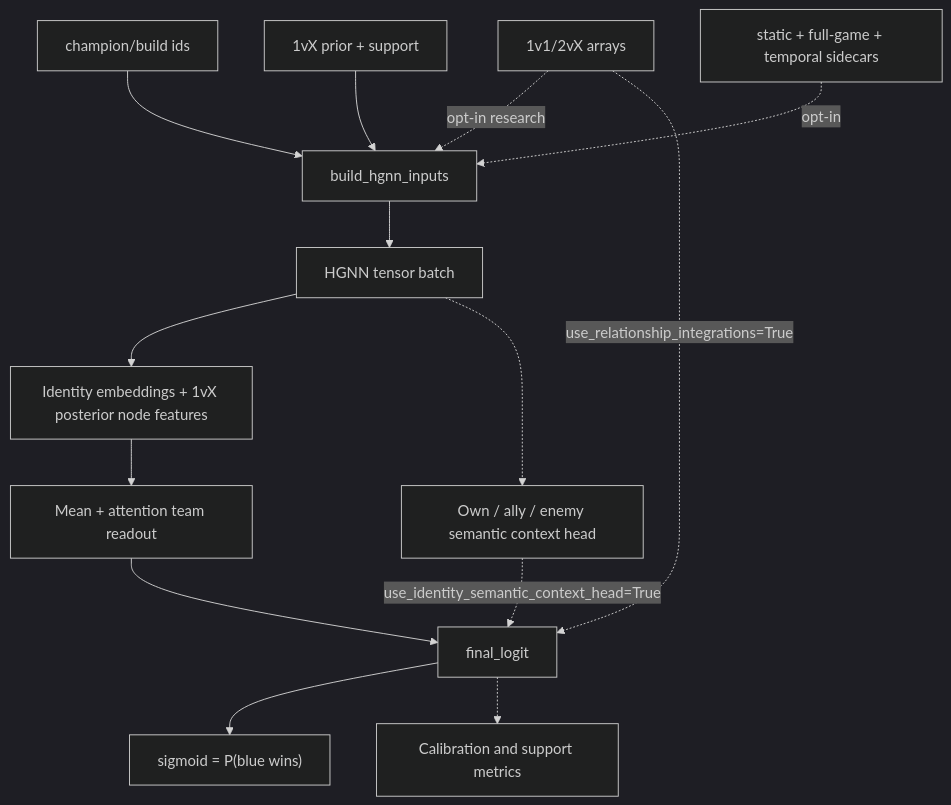
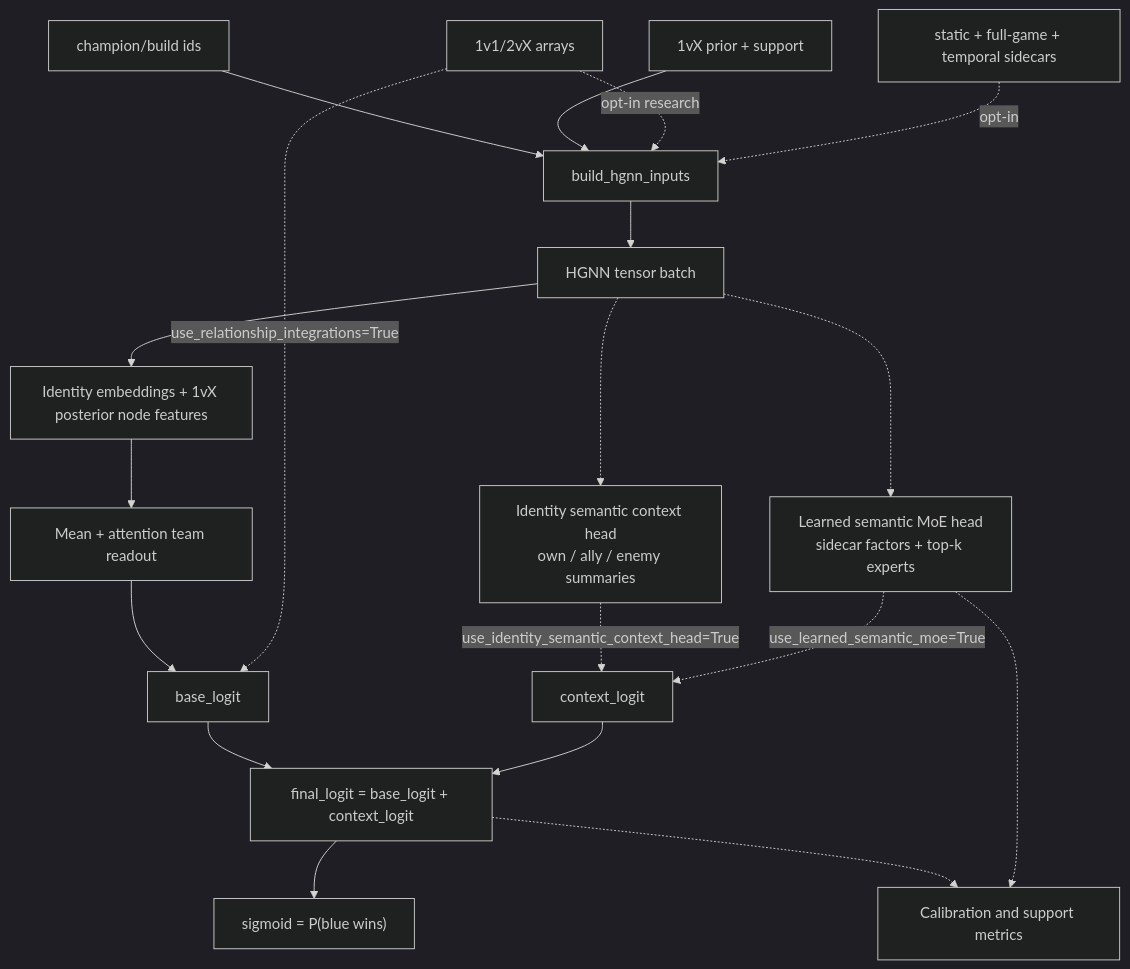
Before and after one commit to JackLGZimmerman/riot-api-ecosystem: the first of 2 diagrams in app/ml/documentation/HGNN_CURRENT.md, drawn with Mermaid (dark theme). The commit also changed other lines of this file and 40 other files, not shown here.

````diff
--- a/app/ml/documentation/HGNN_CURRENT.md
+++ b/app/ml/documentation/HGNN_CURRENT.md
@@ -35,17 +36,22 @@
 ```mermaid
 flowchart TD
     ids["champion/build ids"] --> hgnn_inputs["build_hgnn_inputs"]
     prior["1vX prior + support"] --> hgnn_inputs
     rel["1v1/2vX arrays"] -.->|opt-in research| hgnn_inputs
     sidecars["static + full-game + temporal sidecars"] -.->|opt-in| hgnn_inputs
 
     hgnn_inputs --> tensor_batch["HGNN tensor batch"]
     tensor_batch --> nodes["Identity embeddings + 1vX posterior node features"]
-    tensor_batch -.-> context["Own / ally / enemy semantic context head"]
+    tensor_batch -.-> context["Identity semantic context head<br/>own / ally / enemy summaries"]
+    tensor_batch -.-> moe["Learned semantic MoE head<br/>sidecar factors + top-k experts"]
     nodes --> readout["Mean + attention team readout"]
-    readout --> final["final_logit"]
-    rel -.->|use_relationship_integrations=True| final
-    context -.->|use_identity_semantic_context_head=True| final
+    readout --> base["base_logit"]
+    rel -.->|use_relationship_integrations=True| base
+    context -.->|use_identity_semantic_context_head=True| context_logit["context_logit"]
+    moe -.->|use_learned_semantic_moe=True| context_logit
+    base --> final["final_logit = base_logit + context_logit"]
+    context_logit --> final
     final --> prob["sigmoid = P(blue wins)"]
     final -.-> diagnostics["Calibration and support metrics"]
+    moe -.-> diagnostics
 ```
````
